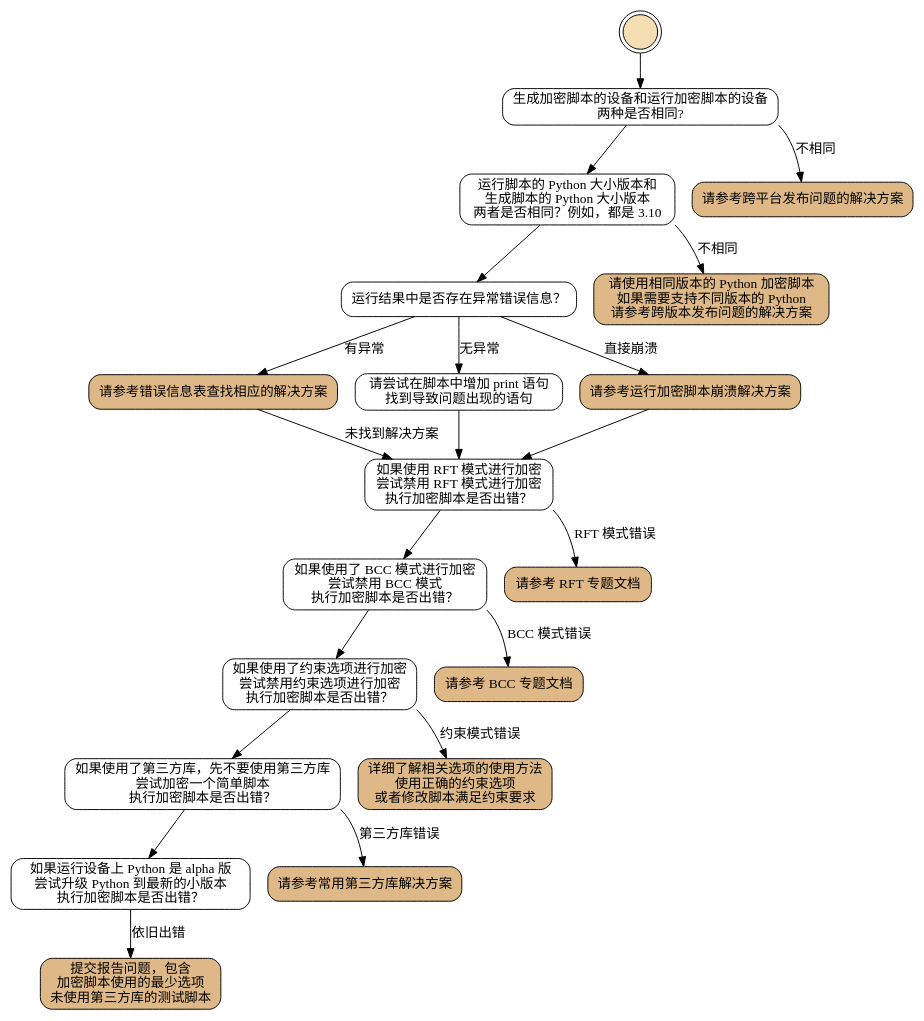
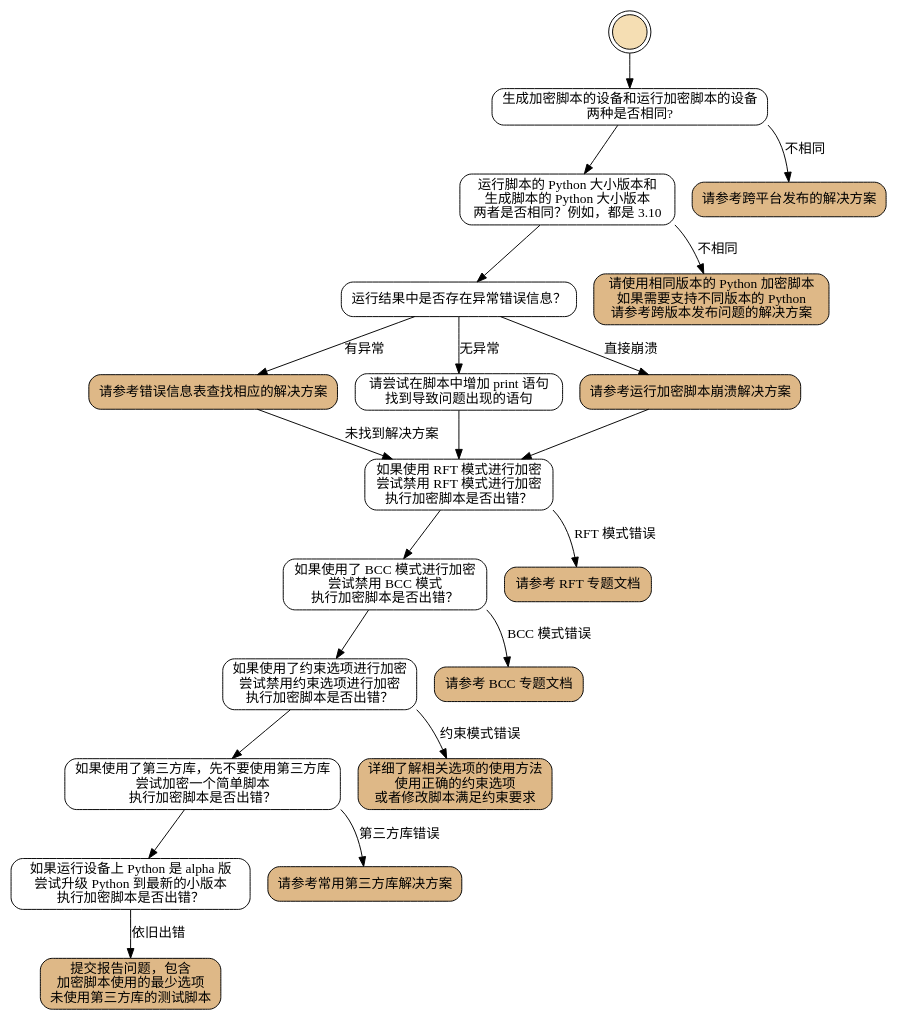
One commit to dashingsoft/dashingsoft.github.io changed the third of 5 diagrams in pyarmor/learn/zh/how-to.rst. Above: the diagram before and after it, drawn with Graphviz. The commit also changed other lines of this file and 1 other file, not shown here.

```diff
--- a/pyarmor/learn/zh/how-to.rst
+++ b/pyarmor/learn/zh/how-to.rst
@@ -43,78 +119,78 @@
 .. graphviz::
    :caption: 运行加密脚本出现问题的解决方案
    :align: center
    :name: graph-run-obfuscated-script-issue
 
    digraph G {
       node [shape=box, style=rounded]
 
       start [shape="doublecircle", label="",
              style="filled", fillcolor="wheat"]
 
       subgraph P0 {
           rankdir="TB"
           style="setlinewidth(0)"
 
           s1 [label="生成加密脚本的设备和运行加密脚本的设备\n两种是否相同?"]
           s2 [label="运行脚本的 Python 大小版本和\n生成脚本的 Python 大小版本\n两者是否相同？例如，都是 3.10"]
           s3 [label="运行结果中是否存在异常错误信息？"]
           s4 [label="如果使用 RFT 模式进行加密\n尝试禁用 RFT 模式进行加密\n执行加密脚本是否出错？"]
           s5 [label="如果使用了 BCC 模式进行加密\n尝试禁用 BCC 模式\n执行加密脚本是否出错？"]
           s6 [label="如果使用了约束选项进行加密\n尝试禁用约束选项进行加密\n执行加密脚本是否出错？"]
           s7 [label="如果使用了第三方库，先不要使用第三方库\n尝试加密一个简单脚本\n执行加密脚本是否出错？"]
           s8 [label="如果运行设备上 Python 是 alpha 版\n尝试升级 Python 到最新的小版本\n执行加密脚本是否出错？"]
 
           s1 -> s2 -> s3
           s4 -> s5 -> s6 -> s7 -> s8
       }
 
       start -> s1
 
       subgraph P1 {
           node [
              style="filled,rounded",
              fillcolor="burlywood",
              ]
           n1 [
-              href="#graph-fix-runtime-cross-platform-issue"
-              label="请参考跨平台发布问题的解决方案"]
+              href="https://pyarmor.readthedocs.io/zh/latest/tutorial/advanced.html#generating-cross-platform-scripts"
+              label="请参考跨平台发布的解决方案"]
           n2 [
               href="https://pyarmor.readthedocs.io/zh/latest/tutorial/advanced.html#support-multiple-python-versions"
               label="请使用相同版本的 Python 加密脚本\n如果需要支持不同版本的 Python\n请参考跨版本发布问题的解决方案"]
           n3 [href="https://pyarmor.readthedocs.io/zh/latest/reference/errors.html"
               label="请参考错误信息表查找相应的解决方案"]
           n4 [style=rounded
               label="请尝试在脚本中增加 print 语句\n找到导致问题出现的语句"]
           n5 [href="#graph-fix-runtime-crash-issue"
               label="请参考运行加密脚本崩溃解决方案"]
           n6 [
               href="https://pyarmor.readthedocs.io/zh/latest/topic/rftmode.html"
               label="请参考 RFT 专题文档"]
           n7 [
               href="https://pyarmor.readthedocs.io/zh/latest/topic/bccmode.html"
               label="请参考 BCC 专题文档"]
           n8 [href="https://pyarmor.readthedocs.io/zh/latest/reference/man.html#pyarmor-gen"
               label="详细了解相关选项的使用方法\n使用正确的约束选项\n或者修改脚本满足约束要求"]
           n9 [href="https://pyarmor.readthedocs.io/zh/latest/how-to/third-party.html"
               label="请参考常用第三方库解决方案"]
           n10 [href="https://github.com/dashingsoft/pyarmor/issues"
                label="提交报告问题，包含\n加密脚本使用的最少选项\n未使用第三方库的测试脚本"]
       }
 
       s3 -> n3 [label="有异常"]
       s3 -> n4 [label="无异常"]
       s3 -> n5 [label="直接崩溃"]
       n3 -> s4 [label="未找到解决方案"]
       s8 -> n10 [label="依旧出错"]
 
       n4 -> s4
       n5 -> s4
 
       edge [tailport=se]
       s1 -> n1 [label="不相同"]
       s2 -> n2 [label="不相同"]
       s4 -> n6 [label="RFT 模式错误"]
       s5 -> n7 [label="BCC 模式错误"]
       s6 -> n8 [label="约束模式错误"]
       s7 -> n9 [label="第三方库错误"]
    }
```
